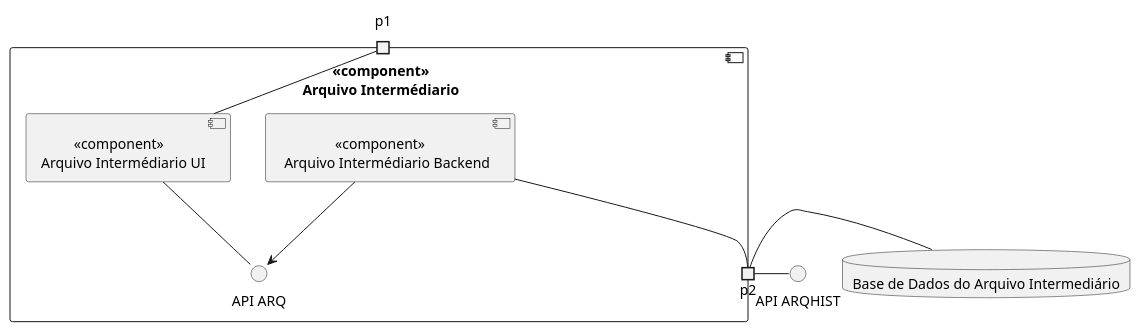
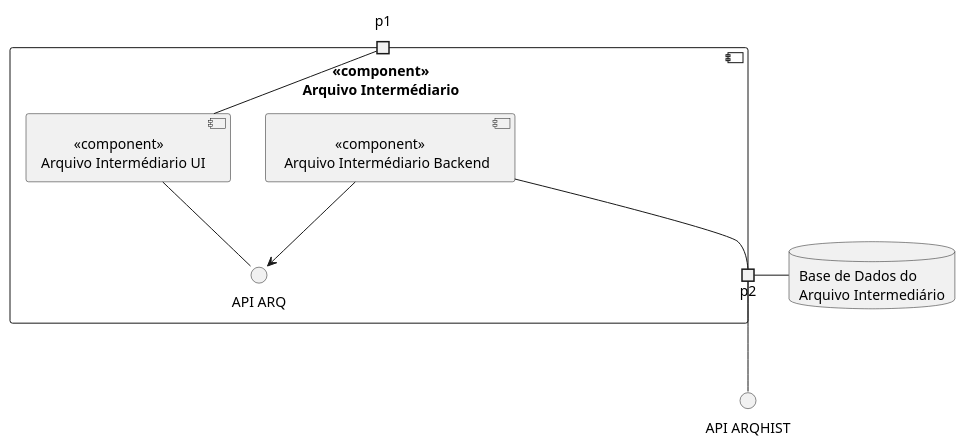
Before and after one commit to Norton1337/INFOR_2223: the diagram in Arquivo/componentDiagram.puml, drawn with PlantUML. The commit also changed 9 other files, not shown here.

```diff
--- a/Arquivo/componentDiagram.puml
+++ b/Arquivo/componentDiagram.puml
@@ -1,27 +1,25 @@
 @startuml
 
 component  " <<component>>\n Arquivo Intermédiario" {
     portin p1
     portout p2
     component "         <<component>>\nArquivo Intermédiario UI" as UI
     component "               <<component>>\n Arquivo Intermédiario Backend" as Backend
     interface "API ARQ" as API
     
  
 }
 
-database "Base de Dados do Arquivo Intermediário" as BD {
-
+database "Base de Dados do\nArquivo Intermediário" as BD {
 }
 
 interface "API ARQHIST" as API2
 
 UI -- p1
 UI -- API
 Backend --> API
 Backend -- p2
-p2- API2
+p2 -- API2
 p2- BD
 
-
 @enduml
```
